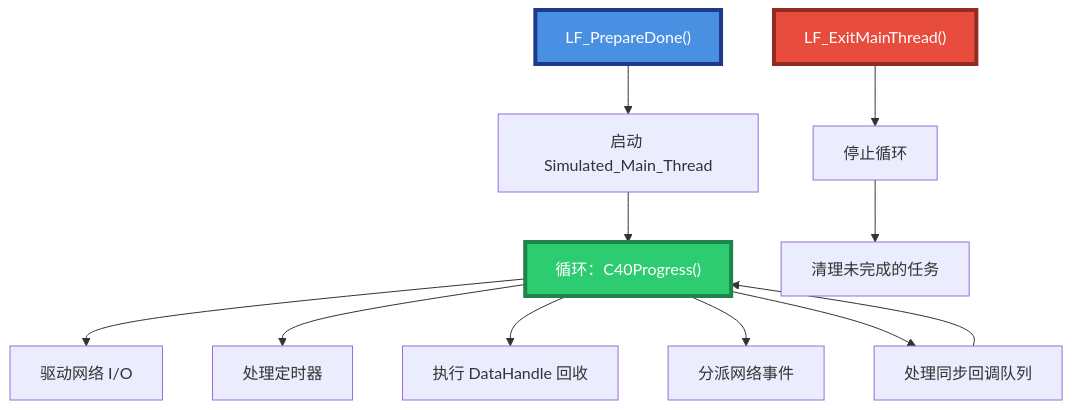
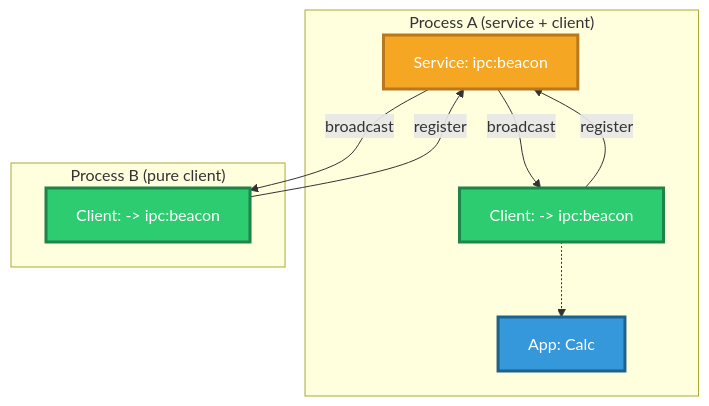
Before and after one commit to PassByYou888/LingoFuse: the fifth of 26 diagrams in cpp/LingoFuse_Cpp_Knowledge_Base.md, drawn with Mermaid. The commit also changed other lines of this file, not shown here.

````diff
--- a/cpp/LingoFuse_Cpp_Knowledge_Base.md
+++ b/cpp/LingoFuse_Cpp_Knowledge_Base.md
@@ -160,17 +286,22 @@
 ```mermaid
 flowchart TB
-    PD["LF_PrepareDone()"] --> A["启动 Simulated_Main_Thread"]
-    A --> B["循环：C40Progress()"]
-    B --> C["驱动网络 I/O"]
-    B --> D["处理定时器"]
-    B --> E["执行 DataHandle 回收"]
-    B --> F["分派网络事件"]
-    B --> G["处理同步回调队列"]
-    G --> B
-    EMT["LF_ExitMainThread()"] --> H["停止循环"]
-    H --> I["清理未完成的任务"]
+    subgraph ProcessA["Process A (service + client)"]
+        SA["Service: ipc:beacon"]
+        CA["Client: -> ipc:beacon"]
+        AppA["App: Calc"]
+        CA -.-> AppA
+    end
+    subgraph ProcessB["Process B (pure client)"]
+        CB["Client: -> ipc:beacon"]
+    end
 
-    style PD fill:#4A90E2,stroke:#1E3A8A,stroke-width:4px,color:#FFFFFF
-    style B fill:#2ECC71,stroke:#1E8449,stroke-width:4px,color:#FFFFFF
-    style EMT fill:#E74C3C,stroke:#922B21,stroke-width:4px,color:#FFFFFF
+    CA -->|register| SA
+    CB -->|register| SA
+    SA -->|broadcast| CA
+    SA -->|broadcast| CB
+
+    style SA fill:#F5A623,stroke:#B7791F,stroke-width:3px,color:#FFFFFF
+    style CA fill:#2ECC71,stroke:#1E8449,stroke-width:3px,color:#FFFFFF
+    style CB fill:#2ECC71,stroke:#1E8449,stroke-width:3px,color:#FFFFFF
+    style AppA fill:#3498DB,stroke:#1F618D,stroke-width:3px,color:#FFFFFF
 ```
````
